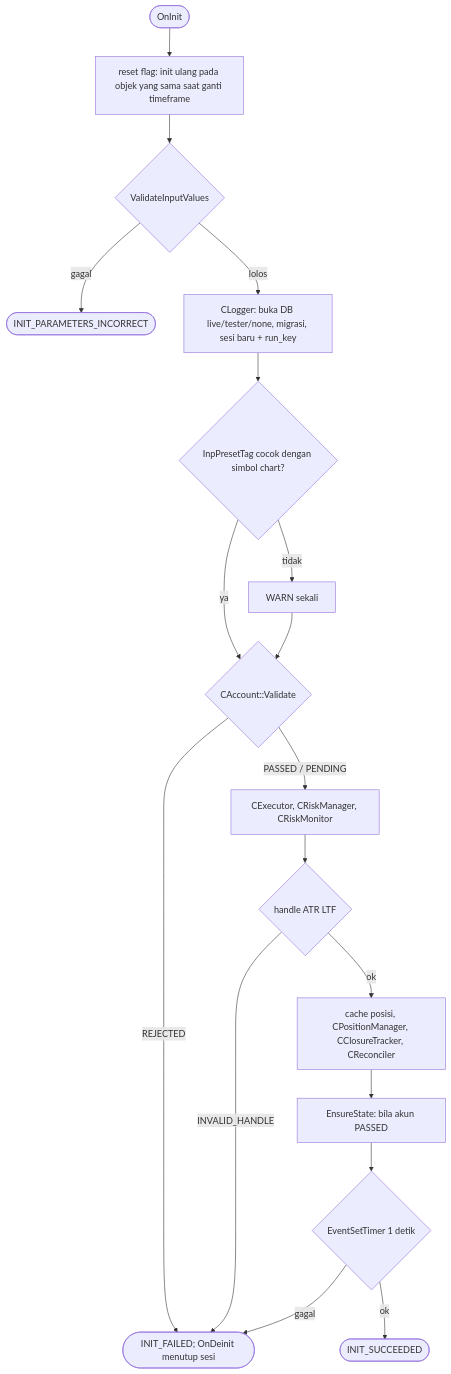
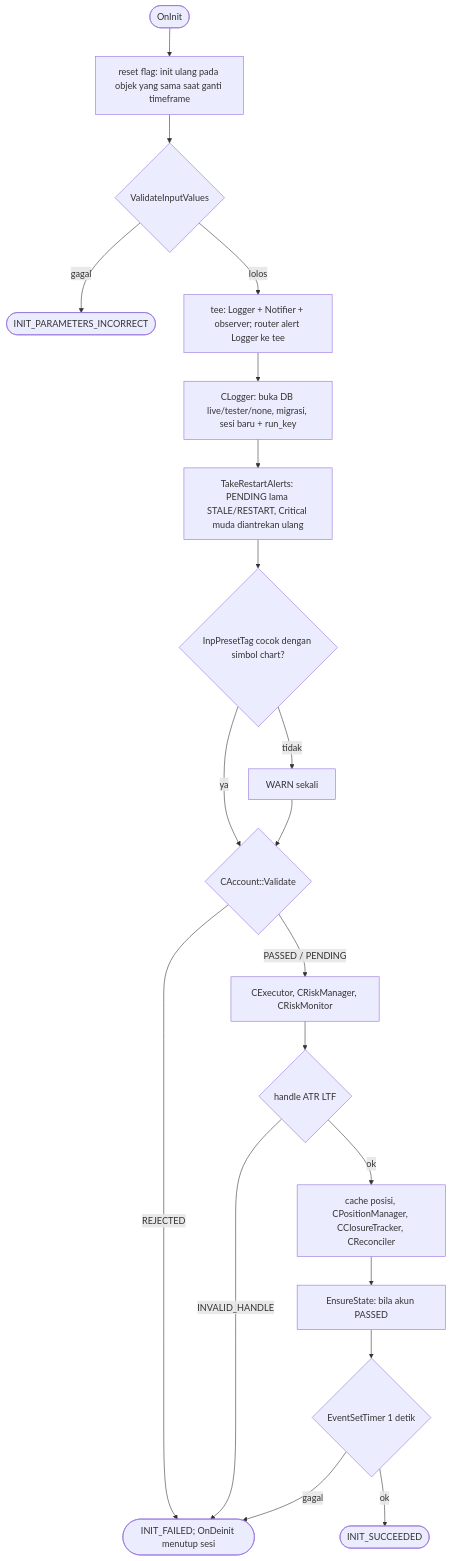
The first of 2 diagrams in sdbot/docs/flows/init.md (ndra969/trading-bot), drawn with Mermaid before and after one commit. The commit also changed other lines of this file and 49 other files, not shown here.

````diff
--- a/sdbot/docs/flows/init.md
+++ b/sdbot/docs/flows/init.md
@@ -5,20 +5,23 @@
 ```mermaid
 flowchart TB
     A([OnInit]) --> R[reset flag: init ulang pada objek yang sama saat ganti timeframe]
     R --> V{ValidateInputValues}
     V -->|gagal| P([INIT_PARAMETERS_INCORRECT])
-    V -->|lolos| S[CLogger: buka DB live/tester/none, migrasi, sesi baru + run_key]
-    S --> T{InpPresetTag cocok dengan simbol chart?}
+    V -->|lolos| NT[tee: Logger + Notifier + observer; router alert Logger ke tee]
+    NT --> S[CLogger: buka DB live/tester/none, migrasi, sesi baru + run_key]
+    S --> RQ[TakeRestartAlerts: PENDING lama STALE/RESTART, Critical muda diantrekan ulang]
+    RQ --> T
+    T{InpPresetTag cocok dengan simbol chart?}
     T -->|tidak| W[WARN sekali]
     T -->|ya| AC
     W --> AC{CAccount::Validate}
     AC -->|REJECTED| F([INIT_FAILED; OnDeinit menutup sesi])
     AC -->|PASSED / PENDING| E[CExecutor, CRiskManager, CRiskMonitor]
     E --> H{handle ATR LTF}
     H -->|INVALID_HANDLE| F
     H -->|ok| PC[cache posisi, CPositionManager, CClosureTracker, CReconciler]
     PC --> ES[EnsureState: bila akun PASSED]
     ES --> TM{EventSetTimer 1 detik}
     TM -->|gagal| F
     TM -->|ok| OK([INIT_SUCCEEDED])
 ```
````
